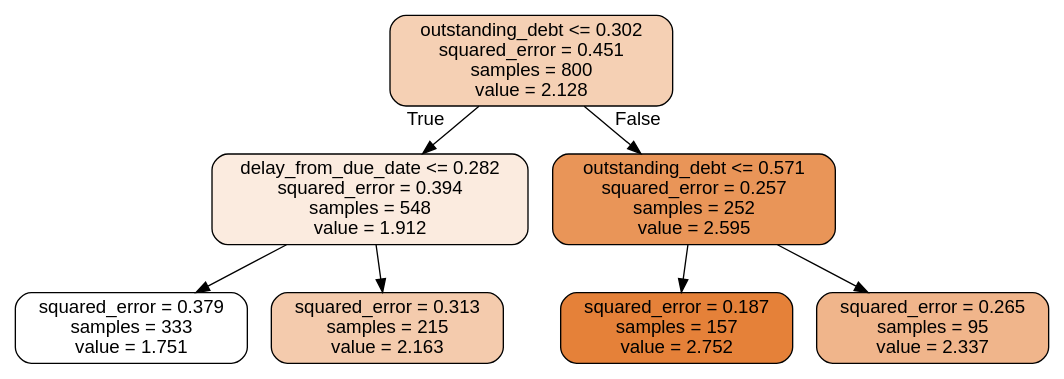
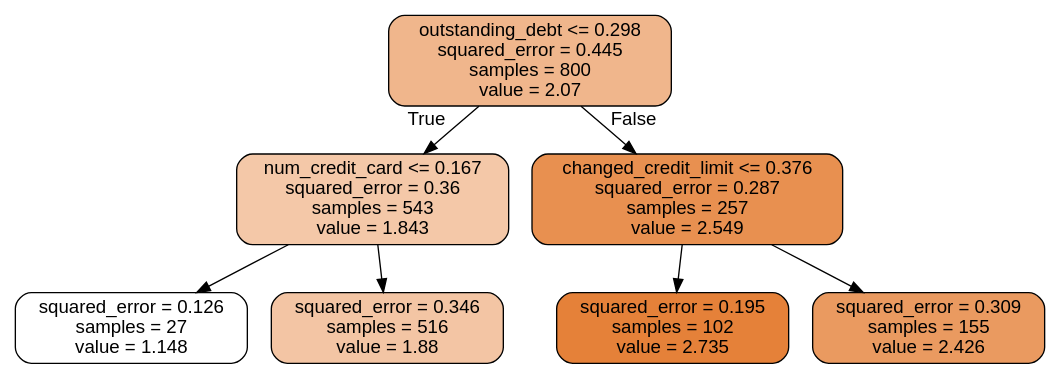
Before and after one commit to alvarofavale/week7_ml: the diagram in notebooks/Tung/tree.dot, drawn with Graphviz. The commit also changed 1 other file, not shown here.

Commit message:
push to be up2date

```diff
--- a/notebooks/Tung/tree.dot
+++ b/notebooks/Tung/tree.dot
@@ -1,17 +1,17 @@
 digraph Tree {
 node [shape=box, style="filled, rounded", color="black", fontname="helvetica"] ;
 edge [fontname="helvetica"] ;
-0 [label="outstanding_debt <= 0.302\nsquared_error = 0.451\nsamples = 800\nvalue = 2.128", fillcolor="#f5d0b4"] ;
-1 [label="delay_from_due_date <= 0.282\nsquared_error = 0.394\nsamples = 548\nvalue = 1.912", fillcolor="#fbebdf"] ;
+0 [label="outstanding_debt <= 0.298\nsquared_error = 0.445\nsamples = 800\nvalue = 2.07", fillcolor="#f0b68c"] ;
+1 [label="num_credit_card <= 0.167\nsquared_error = 0.36\nsamples = 543\nvalue = 1.843", fillcolor="#f4c8a8"] ;
 0 -> 1 [labeldistance=2.5, labelangle=45, headlabel="True"] ;
-2 [label="squared_error = 0.379\nsamples = 333\nvalue = 1.751", fillcolor="#ffffff"] ;
+2 [label="squared_error = 0.126\nsamples = 27\nvalue = 1.148", fillcolor="#ffffff"] ;
 1 -> 2 ;
-3 [label="squared_error = 0.313\nsamples = 215\nvalue = 2.163", fillcolor="#f4cbad"] ;
+3 [label="squared_error = 0.346\nsamples = 516\nvalue = 1.88", fillcolor="#f3c5a4"] ;
 1 -> 3 ;
-4 [label="outstanding_debt <= 0.571\nsquared_error = 0.257\nsamples = 252\nvalue = 2.595", fillcolor="#e99558"] ;
+4 [label="changed_credit_limit <= 0.376\nsquared_error = 0.287\nsamples = 257\nvalue = 2.549", fillcolor="#e89050"] ;
 0 -> 4 [labeldistance=2.5, labelangle=-45, headlabel="False"] ;
-5 [label="squared_error = 0.187\nsamples = 157\nvalue = 2.752", fillcolor="#e58139"] ;
+5 [label="squared_error = 0.195\nsamples = 102\nvalue = 2.735", fillcolor="#e58139"] ;
 4 -> 5 ;
-6 [label="squared_error = 0.265\nsamples = 95\nvalue = 2.337", fillcolor="#f0b58b"] ;
+6 [label="squared_error = 0.309\nsamples = 155\nvalue = 2.426", fillcolor="#ea9a60"] ;
 4 -> 6 ;
 }
```
